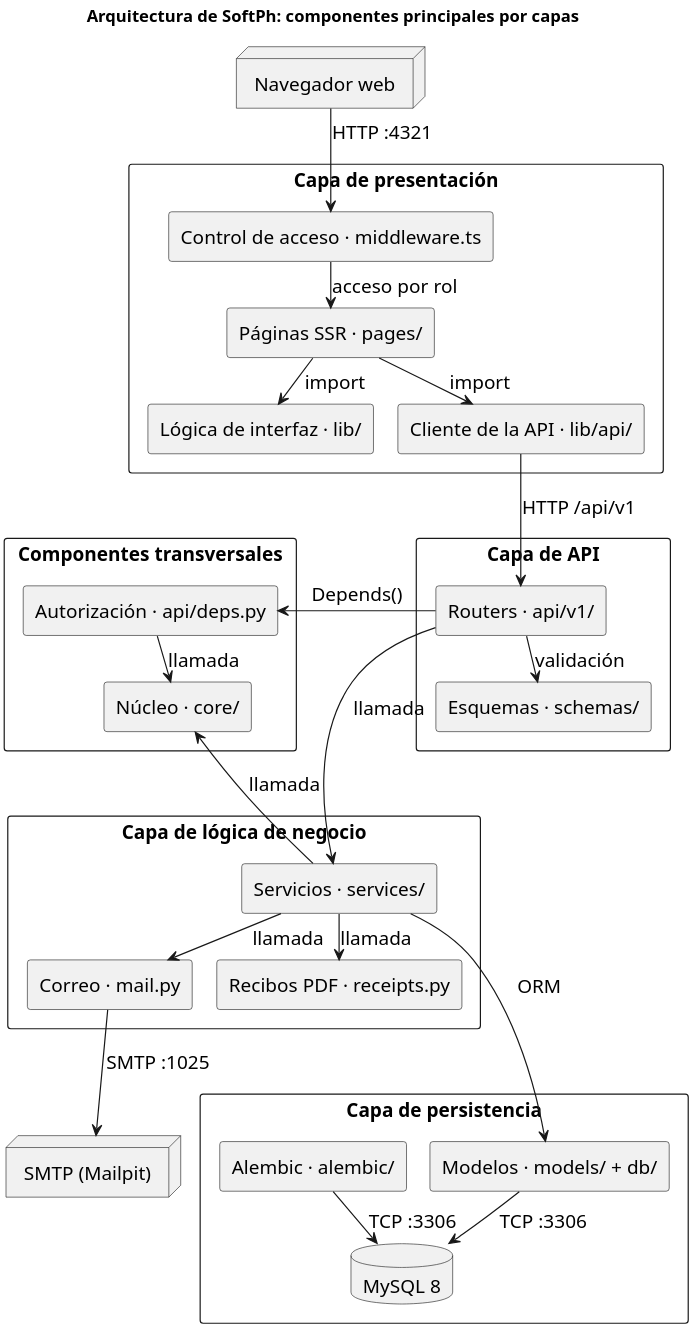
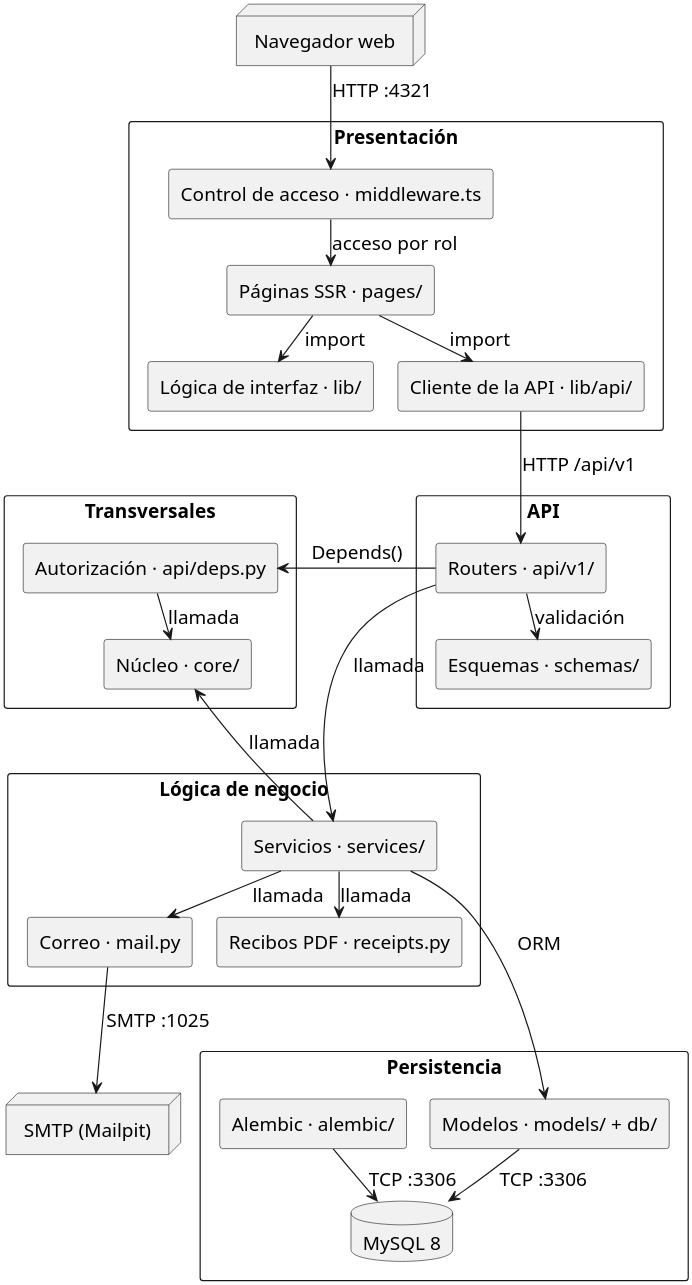
One commit to yilberDev/SoftPh-Academico changed the diagram in docs/entrega-objetivos/arquitectura/componentes-resumen.puml. Above: the diagram before and after it, drawn with PlantUML. The commit also changed 69 other files, not shown here.

First line of the commit message:
docs(diagrams): drop titles and clear crossed labels

```diff
--- a/docs/entrega-objetivos/arquitectura/componentes-resumen.puml
+++ b/docs/entrega-objetivos/arquitectura/componentes-resumen.puml
@@ -1,75 +1,75 @@
 @startuml
 ' Versión resumida del diagrama de componentes (componentes.puml), para una página carta vertical.
 ' Se lee de arriba abajo: cuatro capas y, a un lado, los componentes transversales.
 ' Las flechas solo van hacia abajo o hacia los componentes transversales.
 ' Solo los componentes principales y sus comunicaciones reales; detalle en ../correspondencia.md
 ' y archivo y líneas de cada flecha en ../verificacion-arquitectura.md. Nombres y etiquetas cortos
 ' (protocolo y puerto, o el tipo de llamada) para leerse a 8 pt o más en una página carta vertical;
 ' los protocolos completos están en la sección 9.1 del informe.
 skinparam dpi 300
 skinparam monochrome true
 skinparam backgroundColor white
 skinparam shadowing false
 skinparam defaultFontName Helvetica
 skinparam defaultFontSize 16
 skinparam componentStyle rectangle
 skinparam packageStyle rectangle
 skinparam nodesep 20
 skinparam ranksep 10
 top to bottom direction
-title Arquitectura de SoftPh: componentes principales por capas
+' Título (no se dibuja; lo pone el pie de figura del informe): Arquitectura de SoftPh: componentes principales por capas
 
 node "Navegador web" as browser
 
-package "Capa de presentación" as pres {
+package "Presentación" as pres {
   [Control de acceso · middleware.ts] as mw
   [Páginas SSR · pages/] as pages
   [Lógica de interfaz · lib/] as lib
   [Cliente de la API · lib/api/] as client
 }
 
-package "Capa de API" as apil {
+package "API" as apil {
   [Routers · api/v1/] as routers
   [Esquemas · schemas/] as schemas
 }
 
-package "Capa de lógica de negocio" as biz {
+package "Lógica de negocio" as biz {
   [Servicios · services/] as services
   [Recibos PDF · receipts.py] as receipts
   [Correo · mail.py] as mail
 }
 
-package "Capa de persistencia" as pers {
+package "Persistencia" as pers {
   [Modelos · models/ + db/] as models
   [Alembic · alembic/] as alembic
   database "MySQL 8" as db
 }
 
-package "Componentes transversales" as trans {
+package "Transversales" as trans {
   [Autorización · api/deps.py] as deps
   [Núcleo · core/] as core
 }
 
 node "SMTP (Mailpit)" as smtp
 
 browser --> mw : HTTP :4321
 mw --> pages : acceso por rol
 pages --> lib : import
 pages --> client : import
 client --> routers : HTTP /api/v1
 routers --> schemas : validación
 routers --> services : llamada
 routers -left-> deps : Depends()
 deps --> core : llamada
 services --> receipts : llamada
 services --> mail : llamada
 services -left-> core : llamada
 services --> models : ORM
 models --> db : TCP :3306
 alembic --> db : TCP :3306
 mail --> smtp : SMTP :1025
 ' Enlaces ocultos: solo fijan el orden vertical de las capas (no son comunicaciones).
 schemas -[hidden]-> services
 receipts -[hidden]-> alembic
 mail -[hidden]-> models
 @enduml
```
